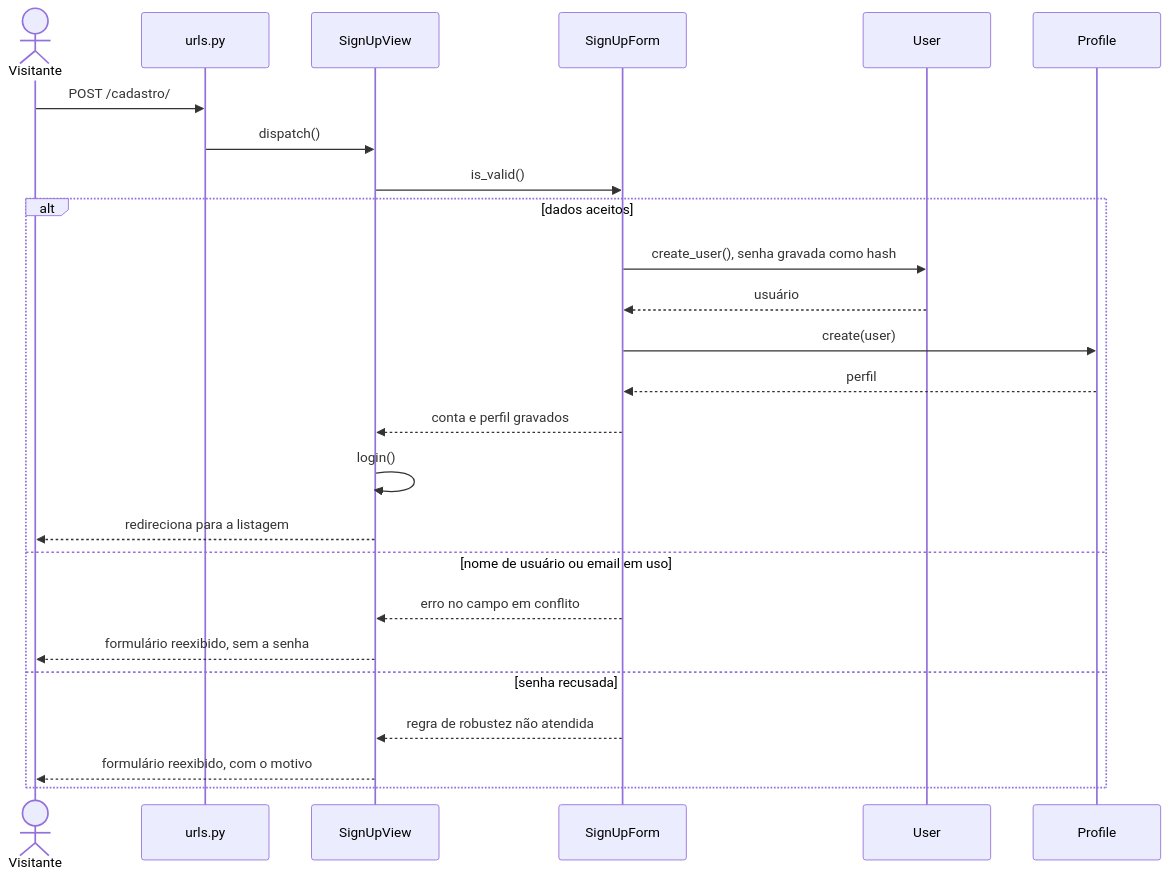
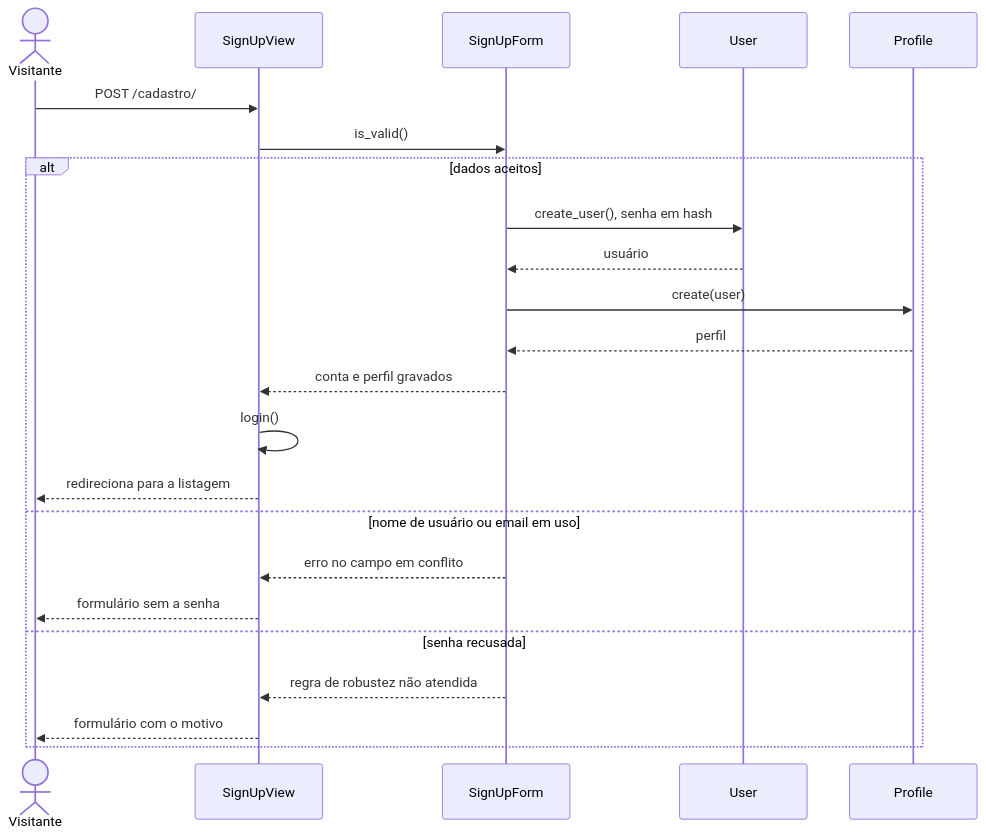
The diagram in docs/sequencia-de-projeto/UC05.md (ataraxia-ppads/ataraxia-blog), drawn with Mermaid before and after one commit. The commit also changed 5 other files, not shown here.

First line of the commit message:
docs: cinco raias por diagrama, em vez de seis

````diff
--- a/docs/sequencia-de-projeto/UC05.md
+++ b/docs/sequencia-de-projeto/UC05.md
@@ -3,27 +3,25 @@
 ```mermaid
 sequenceDiagram
     actor V as Visitante
-    participant U as urls.py
     participant Vw as SignUpView
     participant F as SignUpForm
     participant Us as User
     participant Pf as Profile
-    V->>U: POST /cadastro/
-    U->>Vw: dispatch()
+    V->>Vw: POST /cadastro/
     Vw->>F: is_valid()
     alt dados aceitos
-        F->>Us: create_user(), senha gravada como hash
+        F->>Us: create_user(), senha em hash
         Us-->>F: usuário
         F->>Pf: create(user)
         Pf-->>F: perfil
         F-->>Vw: conta e perfil gravados
         Vw->>Vw: login()
         Vw-->>V: redireciona para a listagem
     else nome de usuário ou email em uso
         F-->>Vw: erro no campo em conflito
-        Vw-->>V: formulário reexibido, sem a senha
+        Vw-->>V: formulário sem a senha
     else senha recusada
         F-->>Vw: regra de robustez não atendida
-        Vw-->>V: formulário reexibido, com o motivo
+        Vw-->>V: formulário com o motivo
     end
 ```
````
